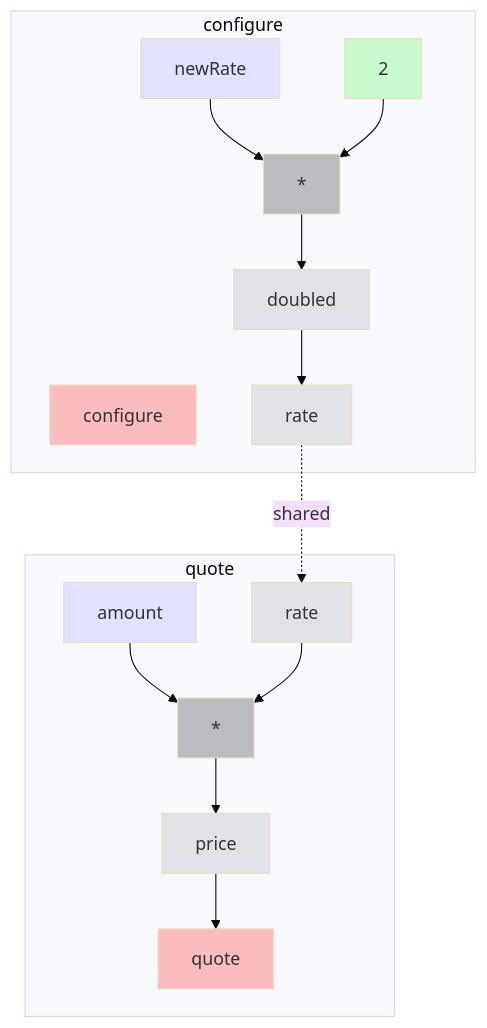
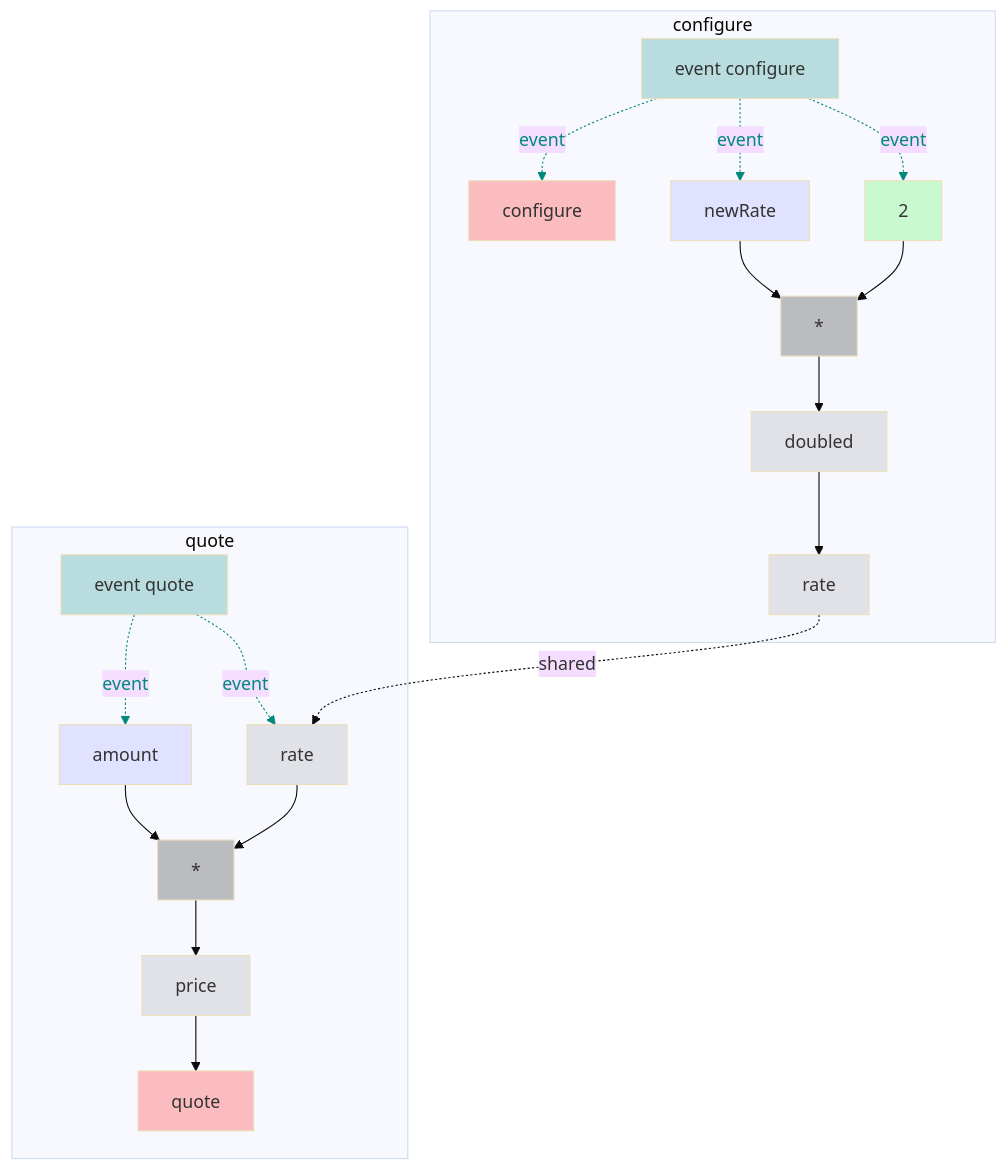
One commit to gstiebler/codeflow changed the diagram in app/src/test/resources/twoEntryPoints/snapshot.md. Above: the diagram before and after it, drawn with Mermaid (base theme). The commit also changed 77 other files, not shown here.

````diff
--- a/app/src/test/resources/twoEntryPoints/snapshot.md
+++ b/app/src/test/resources/twoEntryPoints/snapshot.md
@@ -1,34 +1,47 @@
 ```mermaid
 flowchart TD
   subgraph b0["configure"]
-    n1[configure]:::RETURN
-    n2[newRate]:::FUNC_PARAM
-    n3[2]:::LITERAL
-    n4[*]:::BIN_OP
-    n5[doubled]:::VARIABLE
-    n6[rate]:::VARIABLE
-    n2[newRate]:::FUNC_PARAM --> n4[*]:::BIN_OP
-    n3[2]:::LITERAL --> n4[*]:::BIN_OP
-    n4[*]:::BIN_OP --> n5[doubled]:::VARIABLE
-    n5[doubled]:::VARIABLE --> n6[rate]:::VARIABLE
+    n1[event configure]:::EVENT
+    n2[configure]:::RETURN
+    n3[newRate]:::FUNC_PARAM
+    n4[2]:::LITERAL
+    n5[*]:::BIN_OP
+    n6[doubled]:::VARIABLE
+    n7[rate]:::VARIABLE
+    n1[event configure]:::EVENT -. event .-> n2[configure]:::RETURN
+    n1[event configure]:::EVENT -. event .-> n3[newRate]:::FUNC_PARAM
+    n1[event configure]:::EVENT -. event .-> n4[2]:::LITERAL
+    n3[newRate]:::FUNC_PARAM --> n5[*]:::BIN_OP
+    n4[2]:::LITERAL --> n5[*]:::BIN_OP
+    n5[*]:::BIN_OP --> n6[doubled]:::VARIABLE
+    n6[doubled]:::VARIABLE --> n7[rate]:::VARIABLE
   end
-  subgraph b7["quote"]
-    n8[quote]:::RETURN
-    n9[amount]:::FUNC_PARAM
-    n10[rate]:::VARIABLE
-    n11[*]:::BIN_OP
-    n12[price]:::VARIABLE
-    n9[amount]:::FUNC_PARAM --> n11[*]:::BIN_OP
-    n10[rate]:::VARIABLE --> n11[*]:::BIN_OP
-    n11[*]:::BIN_OP --> n12[price]:::VARIABLE
-    n12[price]:::VARIABLE --> n8[quote]:::RETURN
+  subgraph b8["quote"]
+    n9[event quote]:::EVENT
+    n10[quote]:::RETURN
+    n11[amount]:::FUNC_PARAM
+    n12[rate]:::VARIABLE
+    n13[*]:::BIN_OP
+    n14[price]:::VARIABLE
+    n9[event quote]:::EVENT -. event .-> n11[amount]:::FUNC_PARAM
+    n9[event quote]:::EVENT -. event .-> n12[rate]:::VARIABLE
+    n11[amount]:::FUNC_PARAM --> n13[*]:::BIN_OP
+    n12[rate]:::VARIABLE --> n13[*]:::BIN_OP
+    n13[*]:::BIN_OP --> n14[price]:::VARIABLE
+    n14[price]:::VARIABLE --> n10[quote]:::RETURN
   end
-  n6[rate]:::VARIABLE -. shared .-> n10[rate]:::VARIABLE
+  n7[rate]:::VARIABLE -. shared .-> n12[rate]:::VARIABLE
+  linkStyle 0 stroke:#00897b,color:#00897b
+  linkStyle 1 stroke:#00897b,color:#00897b
+  linkStyle 2 stroke:#00897b,color:#00897b
+  linkStyle 7 stroke:#00897b,color:#00897b
+  linkStyle 8 stroke:#00897b,color:#00897b
   classDef LITERAL fill:#00FF0030
   classDef VARIABLE fill:#80808030
   classDef BIN_OP fill:#80808080
   classDef FUNC_PARAM fill:#8080FF30
   classDef RETURN fill:#FF808080
   classDef EXTERNAL fill:#FFA50040
   classDef UNMODELLED fill:#FF000030,stroke-dasharray: 4 2
+  classDef EVENT fill:#00897B40
 ```
````
